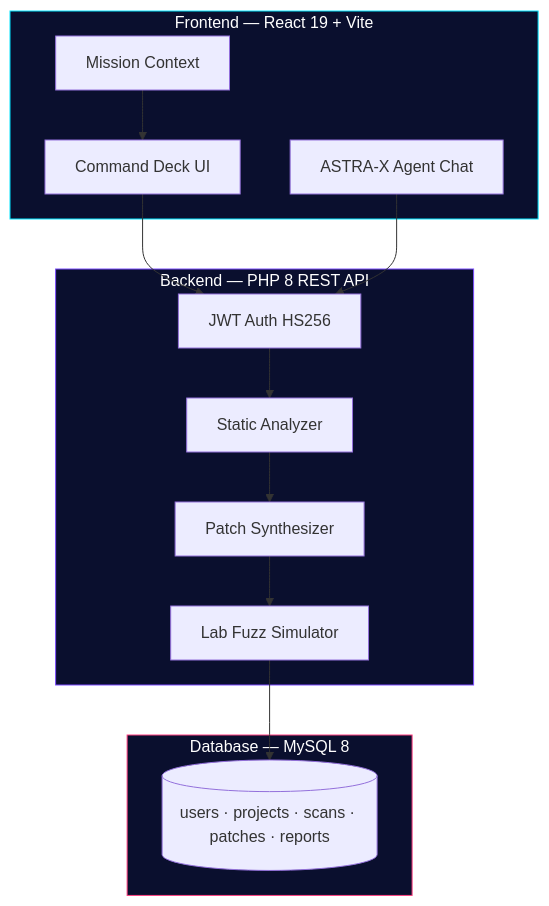
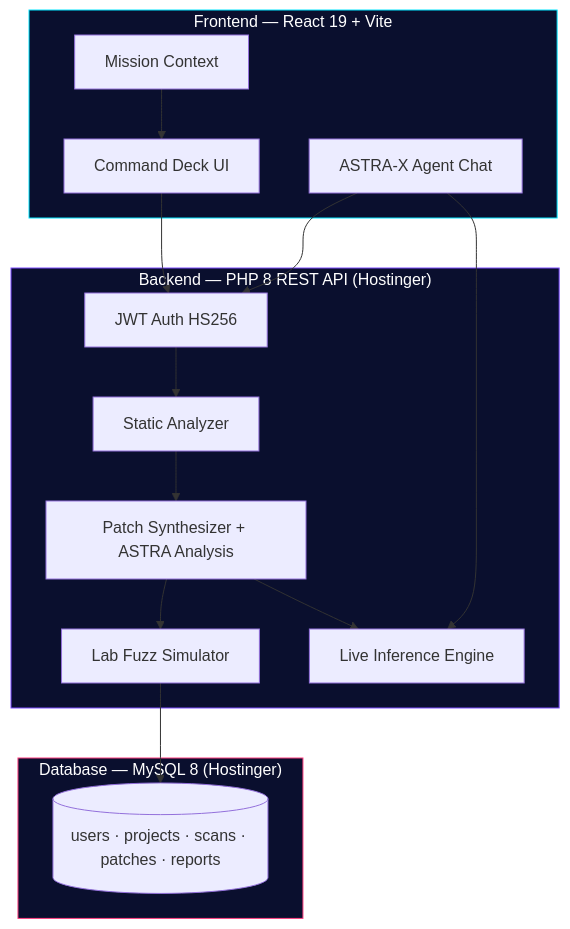
One commit to Priyadarshan2000/Astra-X-AI-Kavach-2026 changed the second of 2 diagrams in README.md. Above: the diagram before and after it, drawn with Mermaid. The commit also changed other lines of this file and 10 other files, not shown here.

First line of the commit message:
feat: Implement ASTRA-X patch analysis and explanation feature

````diff
--- a/README.md
+++ b/README.md
@@ -121,31 +370,34 @@
 ```mermaid
 graph TB
     subgraph Frontend["Frontend — React 19 + Vite"]
         UI[Command Deck UI]
         Agent[ASTRA-X Agent Chat]
         Ctx[Mission Context]
     end
 
-    subgraph Backend["Backend — PHP 8 REST API"]
+    subgraph Backend["Backend — PHP 8 REST API (Hostinger)"]
         Auth[JWT Auth HS256]
         Analyzer[Static Analyzer]
-        PatchEngine[Patch Synthesizer]
+        PatchEngine[Patch Synthesizer + ASTRA Analysis]
+        AI[Live Inference Engine]
         FuzzSim[Lab Fuzz Simulator]
     end
 
-    subgraph Data["Database — MySQL 8"]
+    subgraph Data["Database — MySQL 8 (Hostinger)"]
         DB[(users · projects · scans · patches · reports)]
     end
 
     UI --> Auth
+    Agent --> AI
     Agent --> Auth
     Ctx --> UI
     Auth --> Analyzer
     Analyzer --> PatchEngine
+    PatchEngine --> AI
     PatchEngine --> FuzzSim
     FuzzSim --> DB
 
     style Frontend fill:#0a0f2e,stroke:#00E5FF,color:#fff
     style Backend fill:#0a0f2e,stroke:#7C4DFF,color:#fff
     style Data fill:#0a0f2e,stroke:#FF4081,color:#fff
 ```
````
